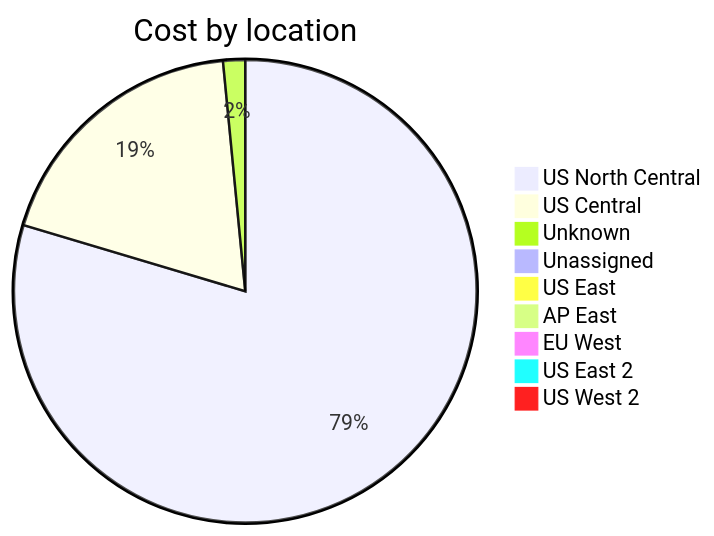
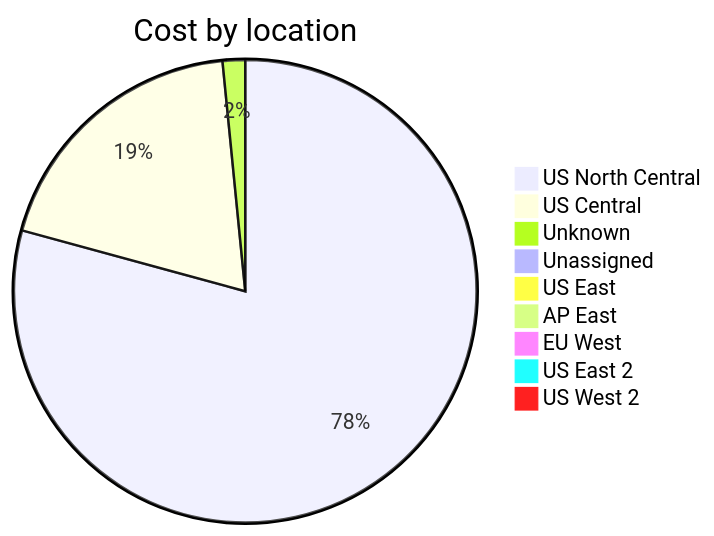
Before and after one commit to jpfulton/azure-personal-reports: the third of 4 diagrams in cost-reports/accumulated-cost.md, drawn with Mermaid. The commit also changed other lines of this file and 4 other files, not shown here.

````diff
--- a/cost-reports/accumulated-cost.md
+++ b/cost-reports/accumulated-cost.md
@@ -127,13 +127,13 @@
 ```mermaid
 pie
    title Cost by location
-   "US North Central" : 11.91
-   "US Central" : 2.82
-   "Unknown" : 0.23
-   "Unassigned" : 0.12
-   "US East" : 0.05
+   "US North Central" : 14.12
+   "US Central" : 3.42
+   "Unknown" : 0.28
+   "Unassigned" : 0.14
+   "US East" : 0.06
    "AP East" : 0.00
    "EU West" : 0.00
    "US East 2" : 0.00
    "US West 2" : 0.00
 ```
````
